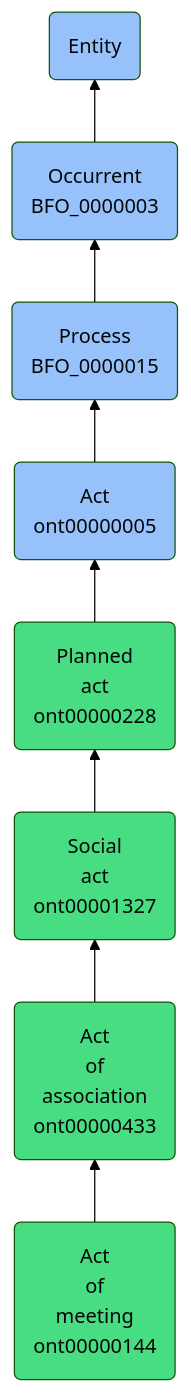
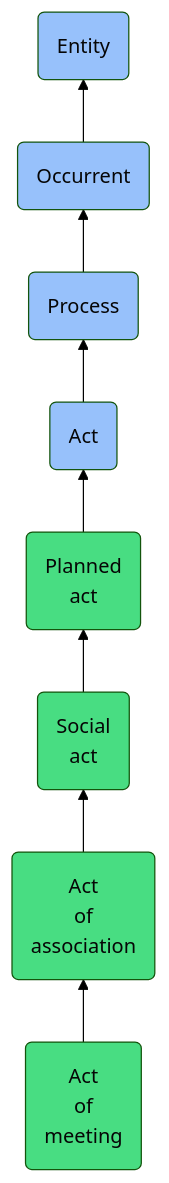
One commit to jupyter-naas/abi changed the diagram in docs/ontology/reference/model/Entity/Occurrent/Process/Act/Planned act/Social act/Act of association/Act of meeting/Act of meeting.md. Above: the diagram before and after it, drawn with Mermaid (forest theme). The commit also changed other lines of this file and 1430 other files, not shown here.

````diff
--- a/docs/ontology/reference/model/Entity/Occurrent/Process/Act/Planned act/Social act/Act of association/Act of meeting/Act of meeting.md
+++ b/docs/ontology/reference/model/Entity/Occurrent/Process/Act/Planned act/Social act/Act of association/Act of meeting/Act of meeting.md
@@ -24,15 +24,15 @@
 ```mermaid
 graph BT
-    ont00000144(Act<br>of<br>meeting<br>ont00000144):::ABI-->ont00000433
-    ont00000433(Act<br>of<br>association<br>ont00000433):::ABI-->ont00001327
-    ont00001327(Social<br>act<br>ont00001327):::ABI-->ont00000228
-    ont00000228(Planned<br>act<br>ont00000228):::ABI-->ont00000005
-    ont00000005(Act<br>ont00000005):::BFO-->BFO_0000015
-    BFO_0000015(Process<br>BFO_0000015):::BFO-->BFO_0000003
-    BFO_0000003(Occurrent<br>BFO_0000003):::BFO-->BFO_0000001
+    ont00000144(Act<br>of<br>meeting):::ABI-->ont00000433
+    ont00000433(Act<br>of<br>association):::ABI-->ont00001327
+    ont00001327(Social<br>act):::ABI-->ont00000228
+    ont00000228(Planned<br>act):::ABI-->ont00000005
+    ont00000005(Act):::BFO-->BFO_0000015
+    BFO_0000015(Process):::BFO-->BFO_0000003
+    BFO_0000003(Occurrent):::BFO-->BFO_0000001
     BFO_0000001(Entity):::BFO
     
     classDef BFO fill:#97c1fb,color:#060606
     classDef CCO fill:#e4c51e,color:#060606
     classDef ABI fill:#48DD82,color:#060606
 ```
````
